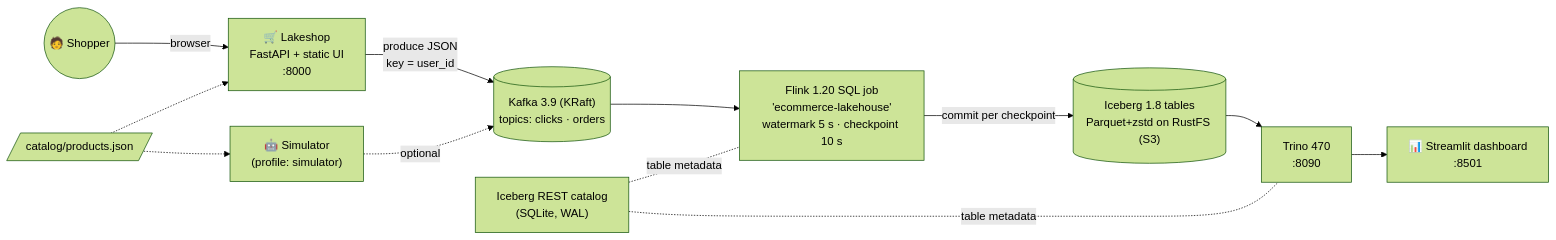
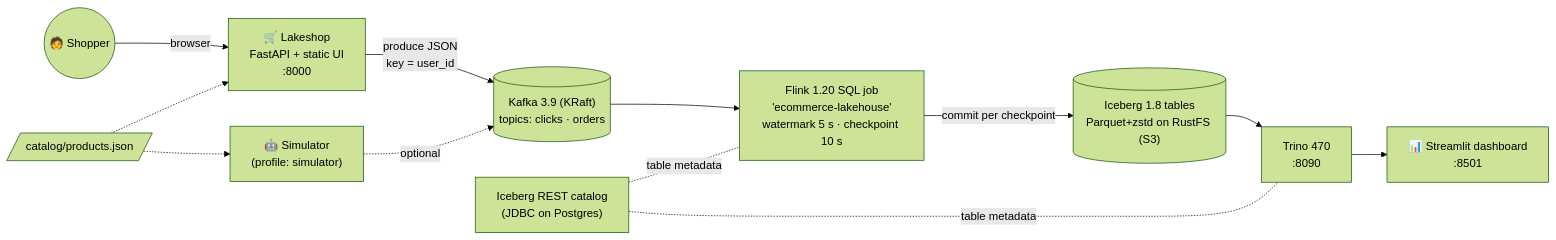
Before and after one commit to kanersharma/realtime-ecommerce-lakehouse: the first of 2 diagrams in docs/ai/Architecture.md, drawn with Mermaid (forest theme). The commit also changed other lines of this file and 29 other files, not shown here.

First line of the commit message:
Fix Flink crash loop (catalog on Postgres), live revenue minutes, reviews

````diff
--- a/docs/ai/Architecture.md
+++ b/docs/ai/Architecture.md
@@ -8,14 +8,14 @@
 ```mermaid
 flowchart LR
     U(("🧑 Shopper")) -->|browser| S["🛒 Lakeshop<br/>FastAPI + static UI<br/>:8000"]
     SIM["🤖 Simulator<br/>(profile: simulator)"] -.->|optional| K
     S -->|"produce JSON<br/>key = user_id"| K[("Kafka 3.9 (KRaft)<br/>topics: clicks · orders")]
     K --> F["Flink 1.20 SQL job<br/>'ecommerce-lakehouse'<br/>watermark 5 s · checkpoint 10 s"]
     F -->|"commit per checkpoint"| I[("Iceberg 1.8 tables<br/>Parquet+zstd on RustFS (S3)")]
-    RC["Iceberg REST catalog<br/>(SQLite, WAL)"] -. table metadata .- F
+    RC["Iceberg REST catalog<br/>(JDBC on Postgres)"] -. table metadata .- F
     RC -. table metadata .- T
     I --> T["Trino 470<br/>:8090"]
     T --> D["📊 Streamlit dashboard<br/>:8501"]
     C[/"catalog/products.json"/] -.-> S
     C -.-> SIM
 ```
````
